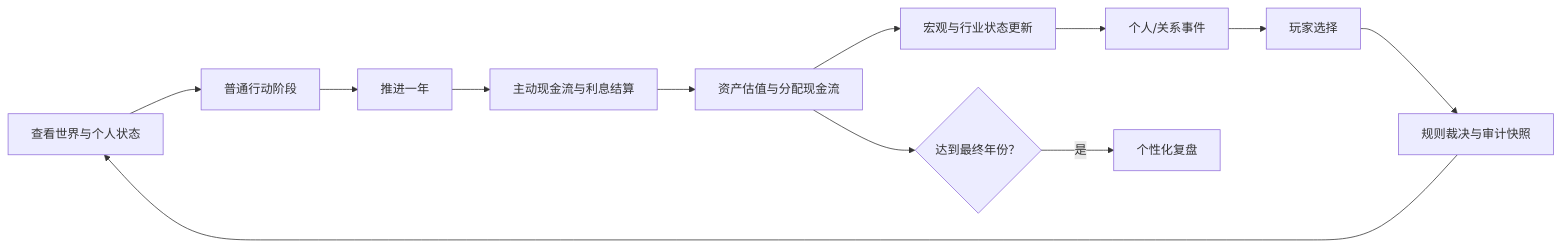
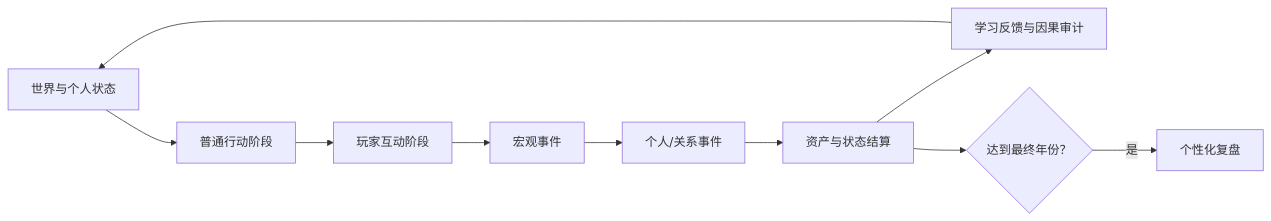
Before and after one commit to hrr1119/wealth-life-ai-simulator: the diagram in docs/ARCHITECTURE.md, drawn with Mermaid. The commit also changed other lines of this file and 10 other files, not shown here.

````diff
--- a/docs/ARCHITECTURE.md
+++ b/docs/ARCHITECTURE.md
@@ -88,14 +88,12 @@
 ```mermaid
 flowchart LR
-  A["查看世界与个人状态"] --> B["普通行动阶段"]
-  B --> C["推进一年"]
-  C --> D["主动现金流与利息结算"]
-  D --> E["资产估值与分配现金流"]
-  E --> F["宏观与行业状态更新"]
-  F --> G["个人/关系事件"]
-  G --> H["玩家选择"]
-  H --> I["规则裁决与审计快照"]
-  I --> A
-  E --> J{"达到最终年份？"}
+  A["世界与个人状态"] --> B["普通行动阶段"]
+  B --> C["玩家互动阶段"]
+  C --> D["宏观事件"]
+  D --> E["个人/关系事件"]
+  E --> F["资产与状态结算"]
+  F --> G["学习反馈与因果审计"]
+  G --> A
+  F --> J{"达到最终年份？"}
   J -->|是| K["个性化复盘"]
 ```
````
